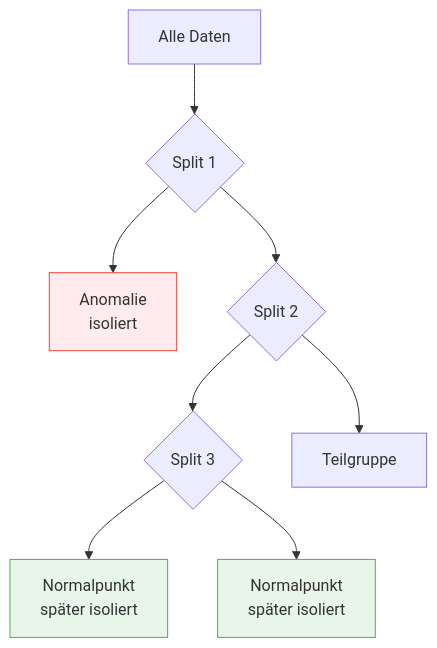
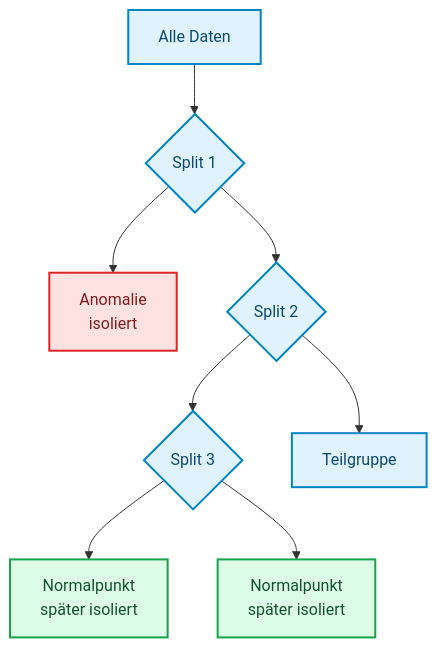
One commit to ralf-42/ML_Intro changed the third of 5 diagrams in docs/concepts/modeling/isolation-forest.md. Above: the diagram before and after it, drawn with Mermaid. The commit also changed other lines of this file and 67 other files, not shown here.

````diff
--- a/docs/concepts/modeling/isolation-forest.md
+++ b/docs/concepts/modeling/isolation-forest.md
@@ -136,14 +139,16 @@
 ```mermaid
 flowchart TD
     A["Alle Daten"] --> B{"Split 1"}
     B --> C["Anomalie<br/>isoliert"]
     B --> D{"Split 2"}
     D --> E{"Split 3"}
     D --> F["Teilgruppe"]
     E --> G["Normalpunkt<br/>später isoliert"]
     E --> H["Normalpunkt<br/>später isoliert"]
-    
-    style C fill:#ffebee,stroke:#f44336
-    style G fill:#e8f5e9,stroke:#4caf50
-    style H fill:#e8f5e9,stroke:#4caf50
+
+    classDef default fill:#e0f2fe,stroke:#0284c7,stroke-width:2px,color:#0c4a6e;
+    classDef output fill:#dcfce7,stroke:#16a34a,stroke-width:2px,color:#14532d;
+    classDef stop fill:#fee2e2,stroke:#dc2626,stroke-width:2px,color:#7f1d1d;
+    class G,H output;
+    class C stop;
 ```
````
